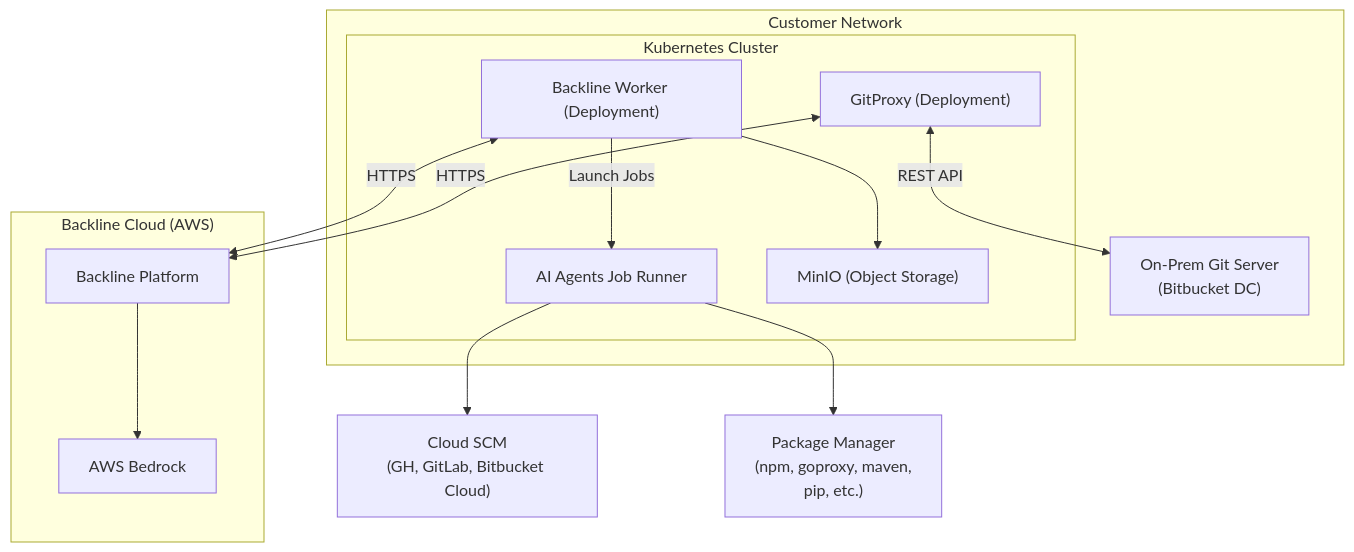
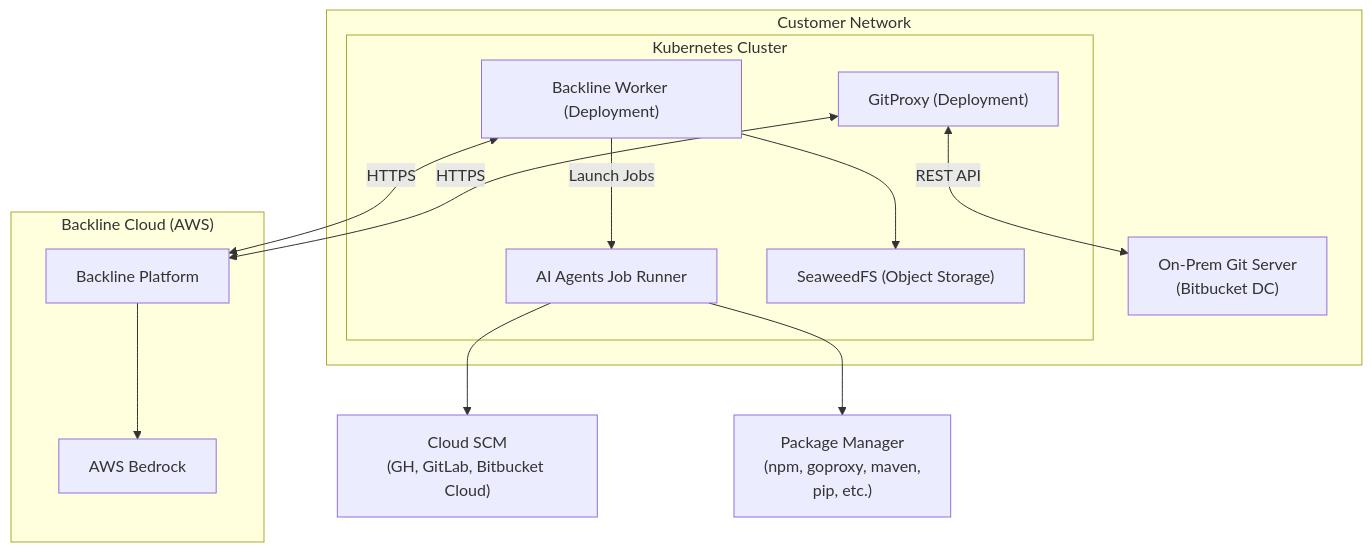
One commit to Backline-labs/charts changed the diagram in charts/backline/README.md. Above: the diagram before and after it, drawn with Mermaid. The commit also changed other lines of this file and 6 other files, not shown here.

Commit message:
BKLN-2432 - Switched MinIO to SeaweedFS (#26)

````diff
--- a/charts/backline/README.md
+++ b/charts/backline/README.md
@@ -5,28 +5,28 @@
 ```mermaid
 graph TB
   subgraph BC["Backline Cloud (AWS)"]
       BP["Backline Platform"]
       AWB["AWS Bedrock"]
       BP --> AWB
   end
   subgraph CN["Customer Network"]
       subgraph KC["Kubernetes Cluster"]
           BW["Backline Worker (Deployment)"]
           GP["GitProxy (Deployment)"]
           AJJR["AI Agents Job Runner"]
-          MINIO["MinIO (Object Storage)"]
+          SWFS["SeaweedFS (Object Storage)"]
           BW -->|Launch Jobs| AJJR
-          BW --> MINIO
+          BW --> SWFS
       end
       ONPREM_SCM["On-Prem Git Server<br/>(Bitbucket DC)"]
   end
 
   SCM["Cloud SCM<br/>(GH, GitLab, Bitbucket Cloud)"]
   PM["Package Manager<br/>(npm, goproxy, maven,<br/>pip, etc.)"]
 
   BW <-->|HTTPS| BP
   GP <-->|HTTPS| BP
   GP <-->|REST API| ONPREM_SCM
   AJJR --> SCM
   AJJR --> PM
 ```
````
